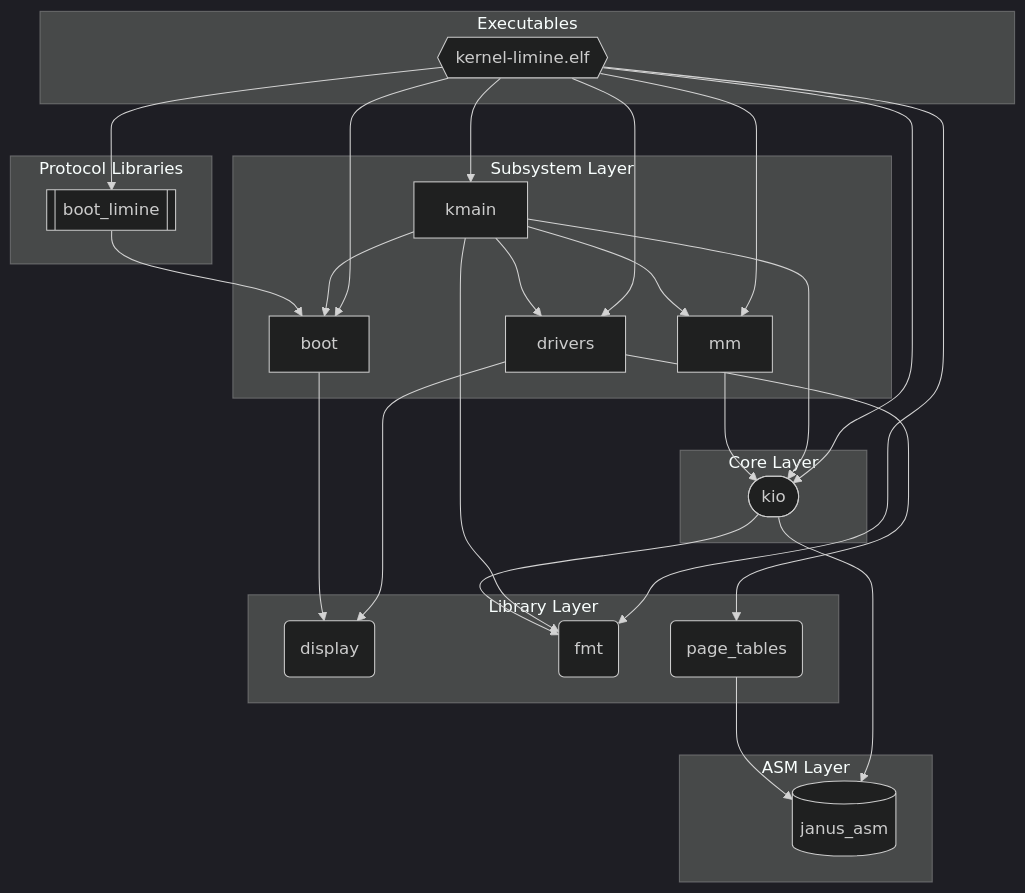
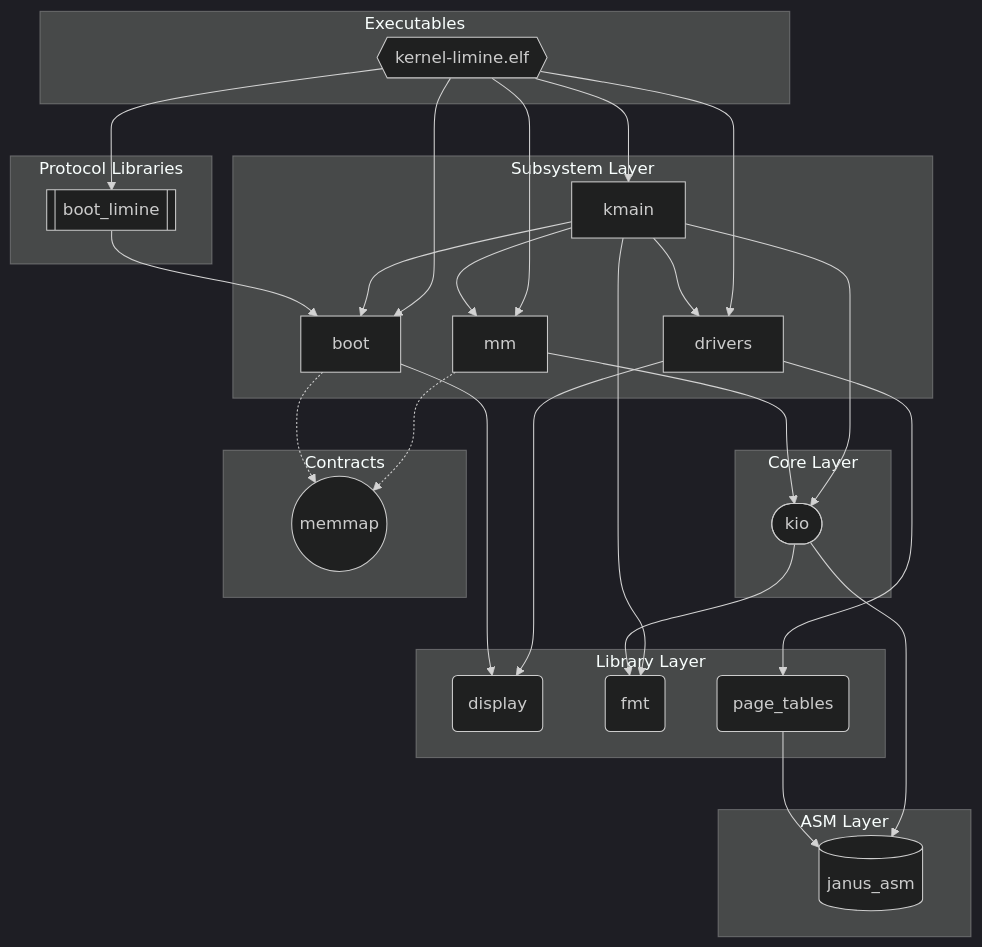
One commit to FrederikTobner/JANUS changed the diagram in docs/src/generated/deps-aarch64.md. Above: the diagram before and after it, drawn with Mermaid (dark theme). The commit also changed 106 other files, not shown here.

````diff
--- a/docs/src/generated/deps-aarch64.md
+++ b/docs/src/generated/deps-aarch64.md
@@ -3,46 +3,49 @@
 ```mermaid
 graph TD
   subgraph lib_layer["Library Layer"]
     display("display")
     fmt("fmt")
     page_tables("page_tables")
   end
   subgraph core_layer["Core Layer"]
     kio(["kio"])
   end
   subgraph subsys_layer["Subsystem Layer"]
     boot["boot"]
     drivers["drivers"]
     mm["mm"]
     kmain["kmain"]
   end
   subgraph proto_layer["Protocol Libraries"]
     boot_limine[["boot_limine"]]
   end
   subgraph exec_layer["Executables"]
     kernel_limine_elf{{"kernel-limine.elf"}}
   end
   subgraph asm_layer["ASM Layer"]
     janus_asm[("janus_asm")]
   end
+  subgraph contract_layer["Contracts"]
+    janus_contract_memmap(("memmap"))
+  end
   page_tables --> janus_asm
   kio --> fmt
   kio --> janus_asm
   boot --> display
+  boot -.-> janus_contract_memmap
   boot_limine --> boot
   drivers --> display
   drivers --> page_tables
   mm --> kio
+  mm -.-> janus_contract_memmap
   kmain --> drivers
   kmain --> boot
   kmain --> fmt
   kmain --> kio
   kmain --> mm
   kernel_limine_elf --> drivers
   kernel_limine_elf --> boot
-  kernel_limine_elf --> fmt
   kernel_limine_elf --> boot_limine
-  kernel_limine_elf --> kio
   kernel_limine_elf --> mm
   kernel_limine_elf --> kmain
 ```
````
